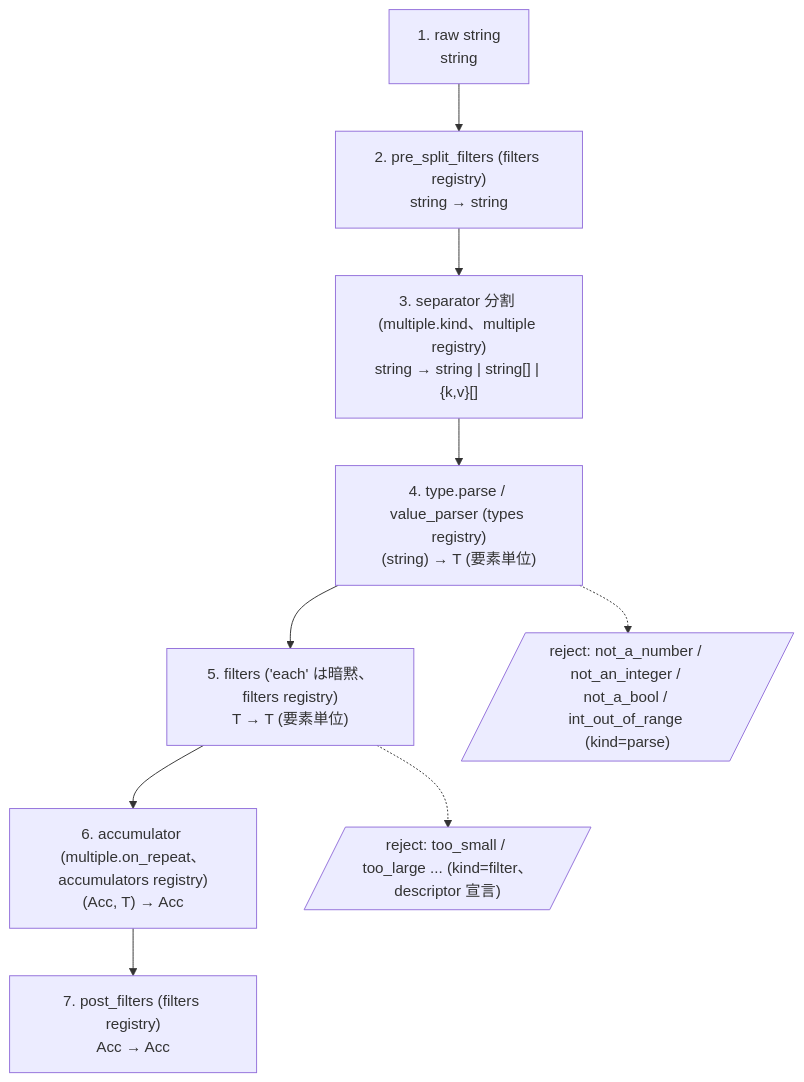
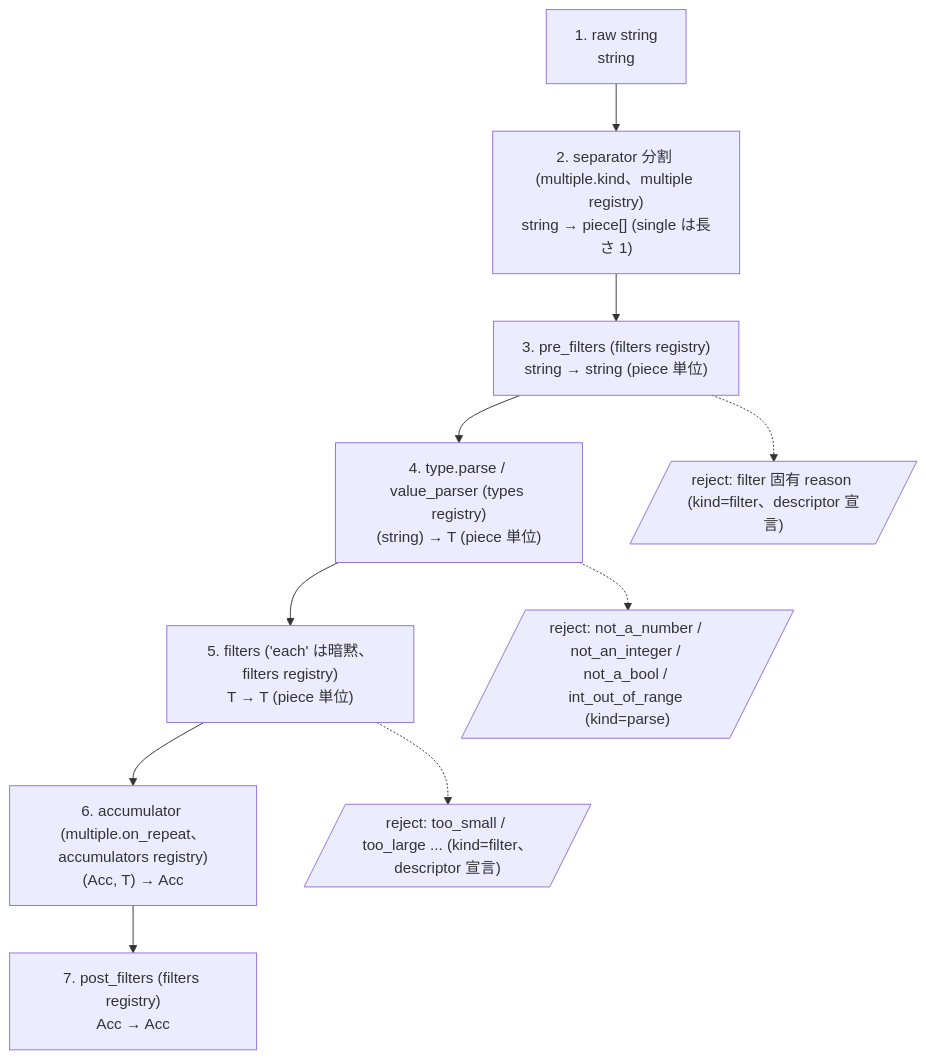
The second of 2 diagrams in docs/PIPELINE.md (kawaz/kuu), drawn with Mermaid before and after one commit. The commit also changed other lines of this file, not shown here.

First line of the commit message:
docs(pipeline): pre_split_filters の残骸を DR-034/062 正本 (pre_filters, piece 単位) へ追従

````diff
--- a/docs/PIPELINE.md
+++ b/docs/PIPELINE.md
@@ -57,20 +57,22 @@
 ```mermaid
 flowchart TD
   S1["1. raw string<br/>string"]
-  S2["2. pre_split_filters (filters registry)<br/>string → string"]
-  S3["3. separator 分割 (multiple.kind、multiple registry)<br/>string → string | string[] | {k,v}[]"]
-  S4["4. type.parse / value_parser (types registry)<br/>(string) → T (要素単位)"]
-  S5["5. filters ('each' は暗黙、filters registry)<br/>T → T (要素単位)"]
+  S2["2. separator 分割 (multiple.kind、multiple registry)<br/>string → piece[] (single は長さ 1)"]
+  S3["3. pre_filters (filters registry)<br/>string → string (piece 単位)"]
+  S4["4. type.parse / value_parser (types registry)<br/>(string) → T (piece 単位)"]
+  S5["5. filters ('each' は暗黙、filters registry)<br/>T → T (piece 単位)"]
   S6["6. accumulator (multiple.on_repeat、accumulators registry)<br/>(Acc, T) → Acc"]
   S7["7. post_filters (filters registry)<br/>Acc → Acc"]
+  R3[/"reject: filter 固有 reason (kind=filter、descriptor 宣言)"/]
   R4[/"reject: not_a_number / not_an_integer / not_a_bool / int_out_of_range (kind=parse)"/]
   R5[/"reject: too_small / too_large ... (kind=filter、descriptor 宣言)"/]
   S1 --> S2
   S2 --> S3
   S3 --> S4
   S4 --> S5
   S5 --> S6
   S6 --> S7
+  S3 -.-> R3
   S4 -.-> R4
   S5 -.-> R5
 ```
````
